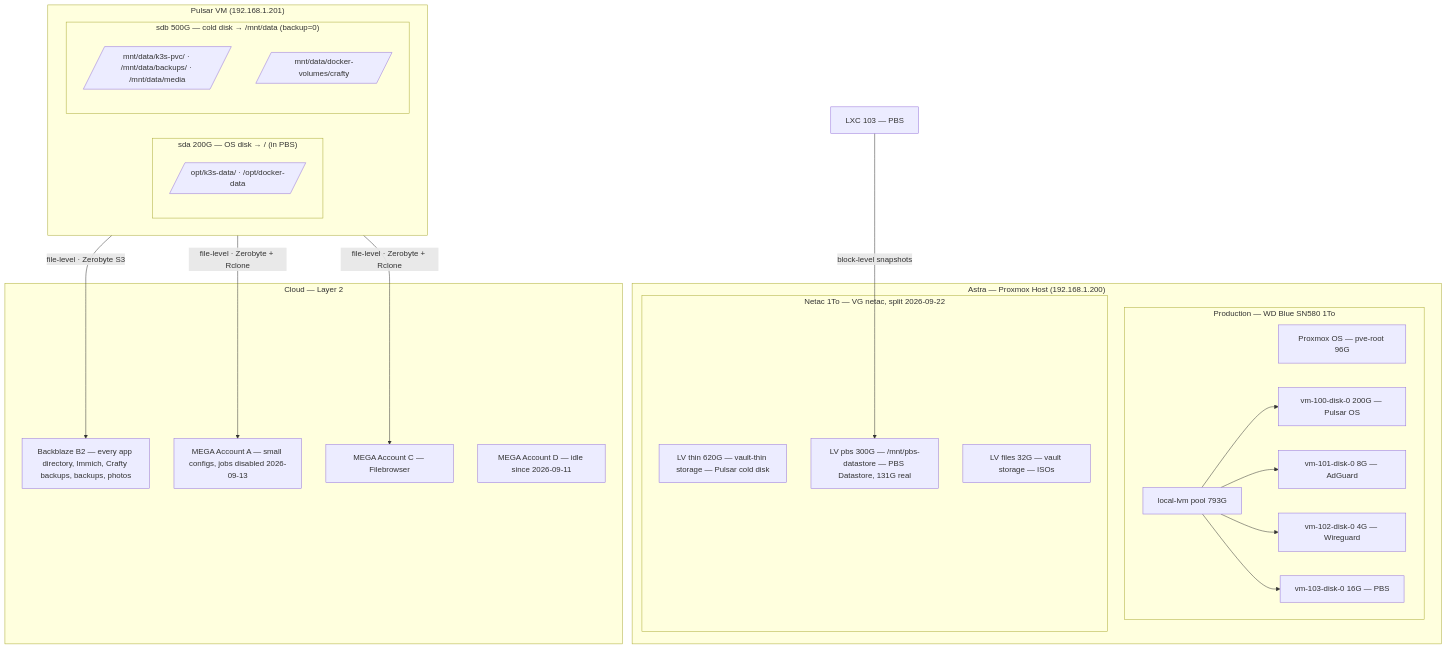
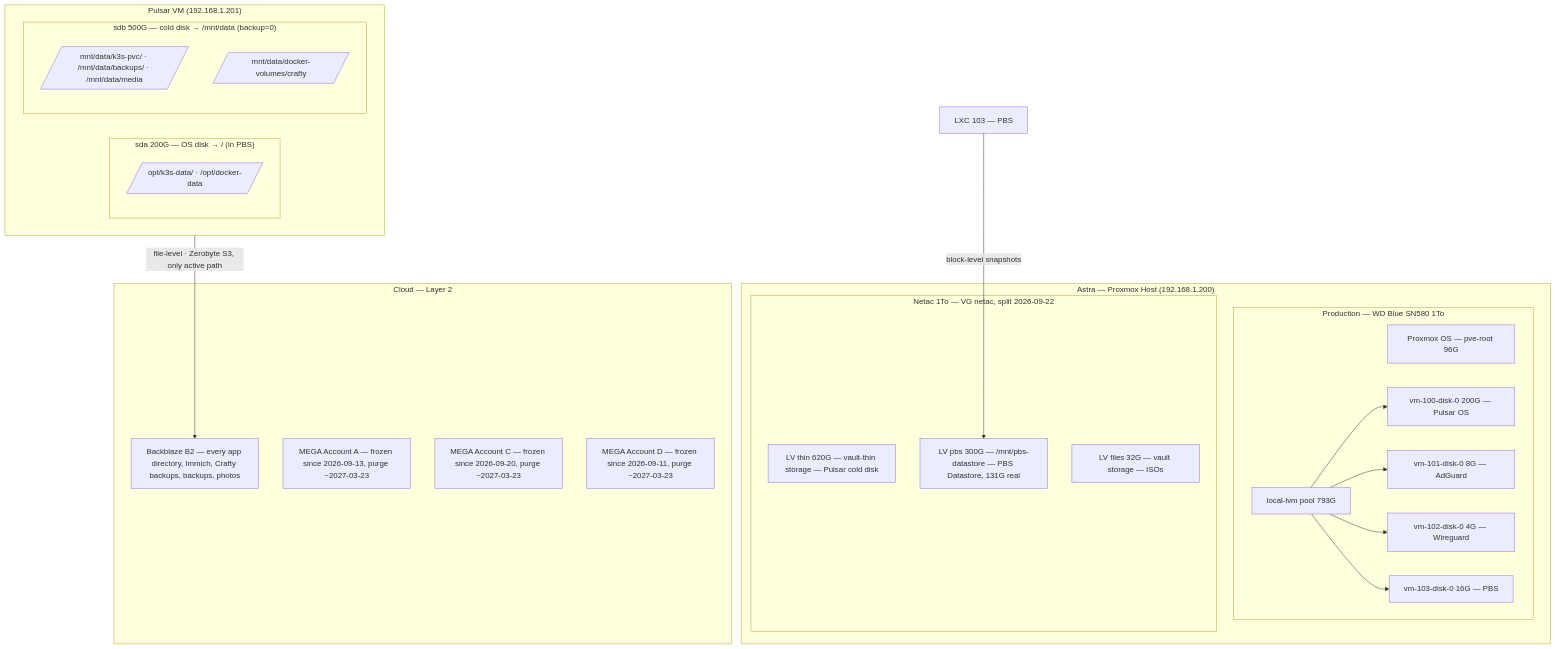
The diagram in docs/backup/README.md (Enoal-Fauchille-Bolle/Astra-ops), drawn with Mermaid before and after one commit.

Commit message:
🎨 [Docs] Fix Mega diagram: no live arrows, purge date shown

````diff
--- a/docs/backup/README.md
+++ b/docs/backup/README.md
@@ -66,41 +66,39 @@
 ```mermaid
 graph TB
     subgraph ASTRA["Astra — Proxmox Host (192.168.1.200)"]
         subgraph PROD["Production — WD Blue SN580 1To"]
             PVE_OS[Proxmox OS — pve-root 96G]
             LVM[local-lvm pool 793G]
             LVM --> DISK0[vm-100-disk-0 200G — Pulsar OS]
             LVM --> DISK1[vm-101-disk-0 8G — AdGuard]
             LVM --> DISK2[vm-102-disk-0 4G — Wireguard]
             LVM --> DISK3[vm-103-disk-0 16G — PBS]
         end
 
         subgraph VAULT["Netac 1To — VG netac, split 2026-09-22"]
             VAULT_THIN[LV thin 620G — vault-thin storage — Pulsar cold disk]
             PBS_DS[LV pbs 300G — /mnt/pbs-datastore — PBS Datastore, 131G real]
             VAULT_FILES[LV files 32G — vault storage — ISOs]
         end
     end
 
     subgraph PULSAR["Pulsar VM (192.168.1.201)"]
         subgraph SDA["sda 200G — OS disk → / (in PBS)"]
             OPT[/opt/k3s-data/ · /opt/docker-data/]
         end
         subgraph SDB["sdb 500G — cold disk → /mnt/data (backup=0)"]
             MNT[/mnt/data/k3s-pvc/ · /mnt/data/backups/ · /mnt/data/media/]
             CRAFTY_VOL[/mnt/data/docker-volumes/crafty/]
         end
     end
 
     subgraph CLOUD["Cloud — Layer 2"]
         B2[Backblaze B2 — every app directory, Immich, Crafty backups, backups, photos]
-        MEGA_A[MEGA Account A — small configs, jobs disabled 2026-09-13]
-        MEGA_C[MEGA Account C — Filebrowser]
-        MEGA_D[MEGA Account D — idle since 2026-09-11]
+        MEGA_A[MEGA Account A — frozen since 2026-09-13, purge ~2027-03-23]
+        MEGA_C[MEGA Account C — frozen since 2026-09-20, purge ~2027-03-23]
+        MEGA_D[MEGA Account D — frozen since 2026-09-11, purge ~2027-03-23]
     end
 
     PBS_LXC[LXC 103 — PBS] -->|block-level snapshots| PBS_DS
-    PULSAR -->|file-level · Zerobyte S3| B2
-    PULSAR -->|file-level · Zerobyte + Rclone| MEGA_A
-    PULSAR -->|file-level · Zerobyte + Rclone| MEGA_C
+    PULSAR -->|file-level · Zerobyte S3, only active path| B2
 ```
````
